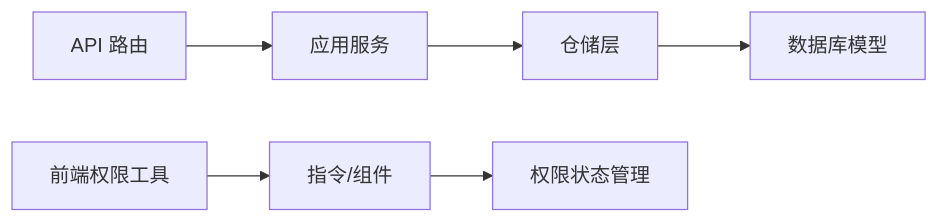
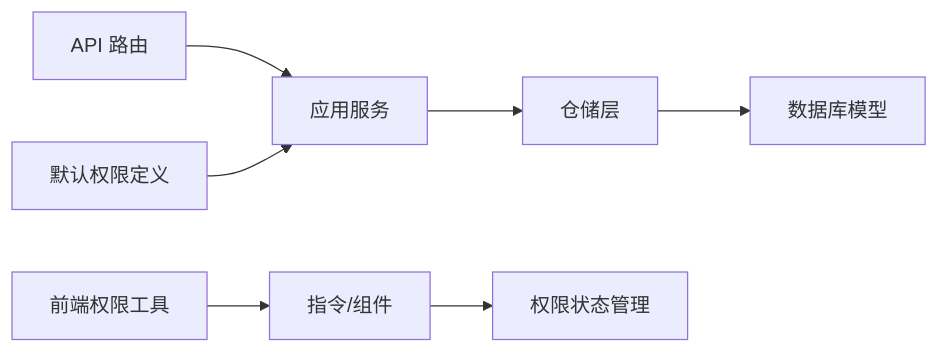
Before and after one commit to taoweidong/Hello-FastApi: the eighth of 8 diagrams in .qoder/repowiki/zh/content/项目概述/核心特性/RBAC 权限控制/RBAC 权限控制.md, drawn with Mermaid. The commit also changed other lines of this file and 22 other files, not shown here.

````diff
--- a/.qoder/repowiki/zh/content/项目概述/核心特性/RBAC 权限控制/RBAC 权限控制.md
+++ b/.qoder/repowiki/zh/content/项目概述/核心特性/RBAC 权限控制/RBAC 权限控制.md
@@ -398,8 +440,9 @@
 ```mermaid
 graph LR
 Routes["API 路由"] --> Services["应用服务"]
 Services --> Repos["仓储层"]
 Repos --> Models["数据库模型"]
+Defaults["默认权限定义"] --> Services
 FrontAuth["前端权限工具"] --> FrontDir["指令/组件"]
 FrontDir --> FrontStore["权限状态管理"]
 ```
````
